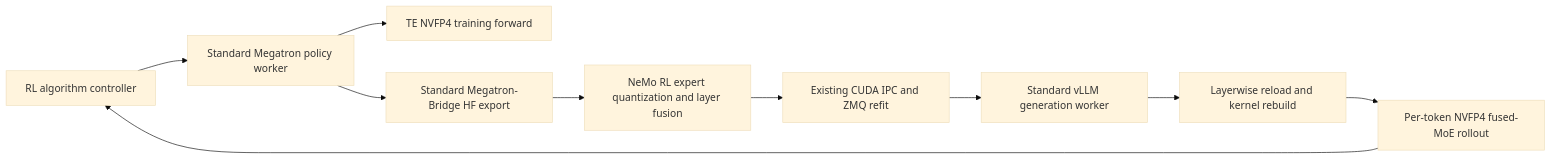
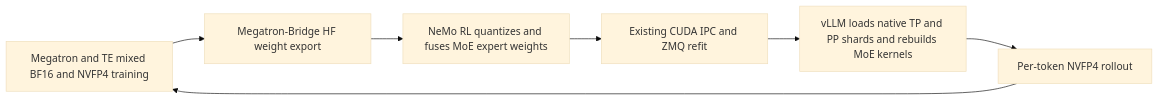
The diagram in docs/design-docs/te-nvfp4-per-token-rollout.md (sharonyu-115/NeMo-RL), drawn with Mermaid (base theme) before and after one commit. The commit also changed other lines of this file and 4 other files, not shown here.

Commit message:
fix: update TE and enable NVFP4 rollout TP and PP

````diff
--- a/docs/design-docs/te-nvfp4-per-token-rollout.md
+++ b/docs/design-docs/te-nvfp4-per-token-rollout.md
@@ -44,12 +44,9 @@
 ```mermaid
 flowchart LR
-    A[RL algorithm controller] --> B[Standard Megatron policy worker]
-    B --> C[TE NVFP4 training forward]
-    B --> D[Standard Megatron-Bridge HF export]
-    D --> E[NeMo RL expert quantization and layer fusion]
-    E --> F[Existing CUDA IPC and ZMQ refit]
-    F --> G[Standard vLLM generation worker]
-    G --> H[Layerwise reload and kernel rebuild]
-    H --> I[Per-token NVFP4 fused-MoE rollout]
-    I --> A
+    A[Megatron and TE mixed BF16 and NVFP4 training] --> B[Megatron-Bridge HF weight export]
+    B --> C[NeMo RL quantizes and fuses MoE expert weights]
+    C --> D[Existing CUDA IPC and ZMQ refit]
+    D --> E[vLLM loads native TP and PP shards and rebuilds MoE kernels]
+    E --> F[Per-token NVFP4 rollout]
+    F --> A
 ```
````
